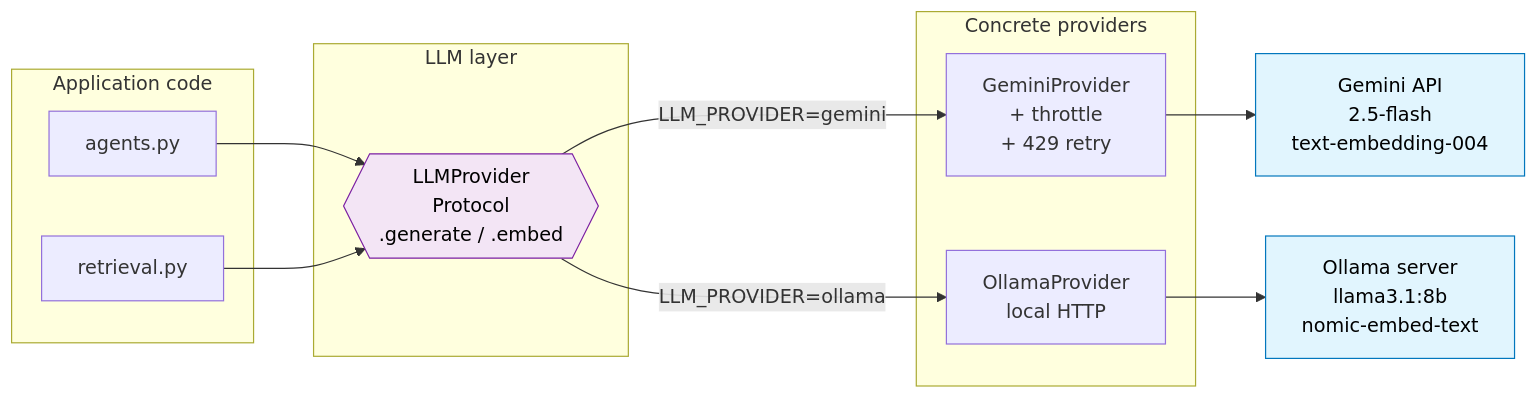
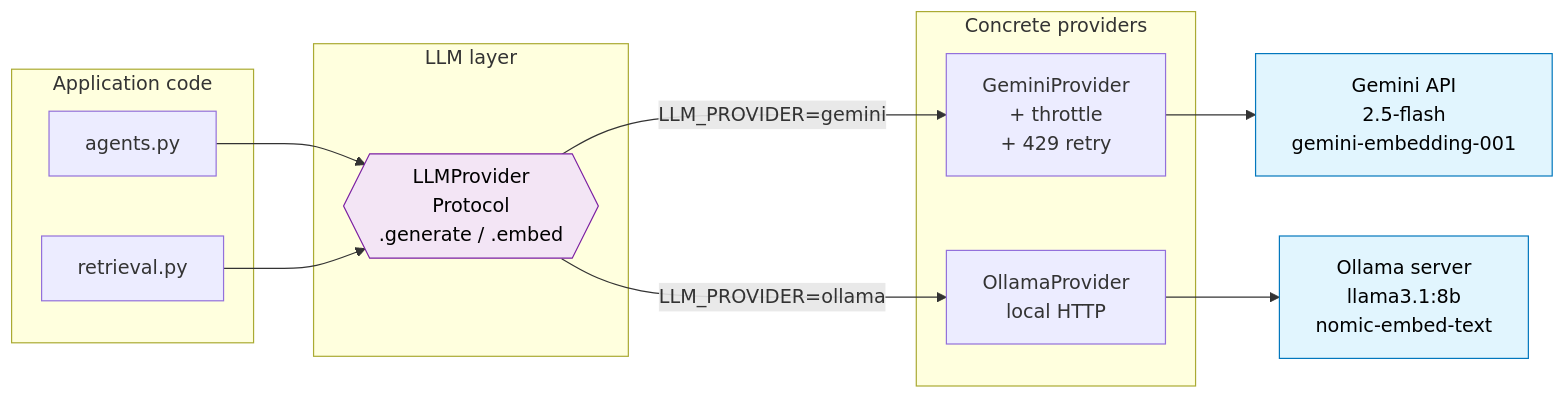
The third of 5 diagrams in diagrams.md (yephonekyaw/review-response-agent), drawn with Mermaid before and after one commit. The commit also changed 4 other files, not shown here.

````diff
--- a/diagrams.md
+++ b/diagrams.md
@@ -79,28 +79,28 @@
 ```mermaid
 flowchart LR
     subgraph App[Application code]
         AG[agents.py]
         RT[retrieval.py]
     end
 
     subgraph Layer[LLM layer]
         IF{{LLMProvider<br/>Protocol<br/>.generate / .embed}}
     end
 
     subgraph Providers[Concrete providers]
         G[GeminiProvider<br/>+ throttle<br/>+ 429 retry]
         O[OllamaProvider<br/>local HTTP]
     end
 
     AG --> IF
     RT --> IF
     IF -->|LLM_PROVIDER=gemini| G
     IF -->|LLM_PROVIDER=ollama| O
-    G --> GA[Gemini API<br/>2.5-flash<br/>text-embedding-004]
+    G --> GA[Gemini API<br/>2.5-flash<br/>gemini-embedding-001]
     O --> OL[Ollama server<br/>llama3.1:8b<br/>nomic-embed-text]
 
     classDef api fill:#e1f5fe,stroke:#0277bd,color:#000
     classDef abs fill:#f3e5f5,stroke:#7b1fa2,color:#000
     class GA,OL api
     class IF abs
 ```
````
